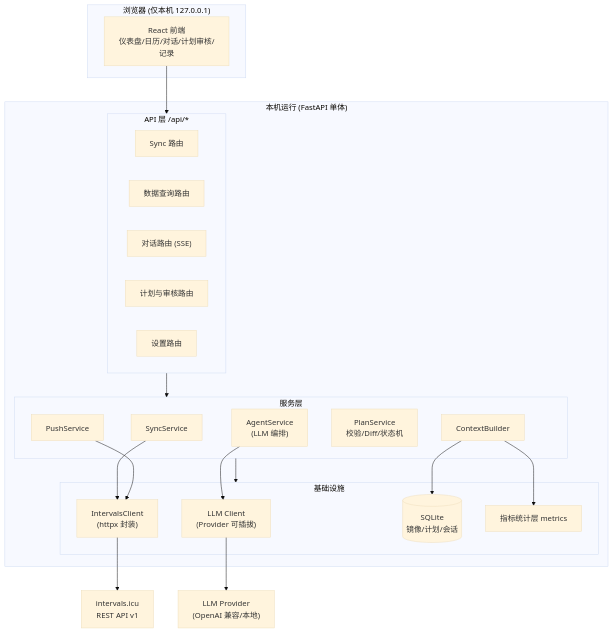
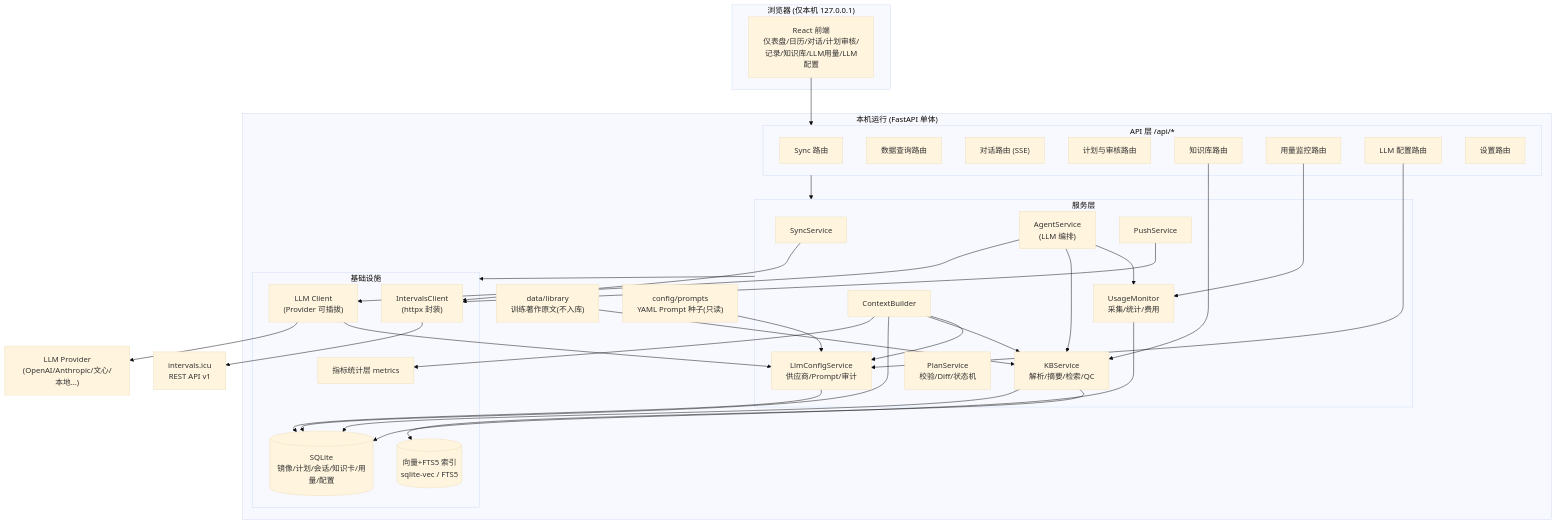
The sixth of 8 diagrams in 系统设计文档.md (laihongyu-demo/SystematicCyclingTrainingSystem), drawn with Mermaid (base theme) before and after one commit. The commit also changed other lines of this file, not shown here.

First line of the commit message:
docs: 新增 LLM 用量监控与配置管理模块设计

````diff
--- a/系统设计文档.md
+++ b/系统设计文档.md
@@ -403,43 +705,66 @@
 ```mermaid
 flowchart TB
     subgraph Browser["浏览器 (仅本机 127.0.0.1)"]
-        UI["React 前端<br/>仪表盘/日历/对话/计划审核/记录"]
+        UI["React 前端<br/>仪表盘/日历/对话/计划审核/记录/知识库/LLM用量/LLM配置"]
     end
 
     subgraph Local["本机运行 (FastAPI 单体)"]
+        LIB["data/library<br/>训练著作原文(不入库)"]
+        CFGSEED["config/prompts<br/>YAML Prompt 种子(只读)"]
         subgraph API["API 层 /api/*"]
             R_SYNC["Sync 路由"]
             R_DATA["数据查询路由"]
             R_CHAT["对话路由 (SSE)"]
             R_PLAN["计划与审核路由"]
+            R_KB["知识库路由"]
+            R_MON["用量监控路由"]
+            R_CFG["LLM 配置路由"]
             R_SET["设置路由"]
         end
         subgraph SVC["服务层"]
             S_SYNC["SyncService"]
             S_CTX["ContextBuilder"]
             S_AGENT["AgentService<br/>(LLM 编排)"]
+            S_KB["KBService<br/>解析/摘要/检索/QC"]
+            S_MON["UsageMonitor<br/>采集/统计/费用"]
+            S_CFG["LlmConfigService<br/>供应商/Prompt/审计"]
             S_PLAN["PlanService<br/>校验/Diff/状态机"]
             S_PUSH["PushService"]
         end
         subgraph INFRA["基础设施"]
             LLMCLI["LLM Client<br/>(Provider 可插拔)"]
             ICUCLI["IntervalsClient<br/>(httpx 封装)"]
-            DB[("SQLite<br/>镜像/计划/会话")]
+            DB[("SQLite<br/>镜像/计划/会话/知识卡/用量/配置")]
+            VEC[("向量+FTS5 索引<br/>sqlite-vec / FTS5")]
             CACHE["指标统计层 metrics"]
         end
     end
 
     External1["intervals.icu<br/>REST API v1"]
-    External2["LLM Provider<br/>(OpenAI 兼容/本地)"]
+    External2["LLM Provider<br/>(OpenAI/Anthropic/文心/本地…)"]
 
     UI --> API
     API --> SVC
     SVC --> INFRA
     ICUCLI --> External1
     LLMCLI --> External2
     S_SYNC --> ICUCLI
     S_PUSH --> ICUCLI
     S_CTX --> CACHE
     S_CTX --> DB
     S_AGENT --> LLMCLI
+    LIB --> S_KB
+    S_KB --> DB
+    S_KB --> VEC
+    R_KB --> S_KB
+    S_CTX --> S_KB
+    S_AGENT --> S_KB
+    R_MON --> S_MON
+    S_AGENT --> S_MON
+    S_MON --> DB
+    R_CFG --> S_CFG
+    S_CFG --> DB
+    CFGSEED --> S_CFG
+    LLMCLI --> S_CFG
+    S_CTX --> S_CFG
 ```
````
